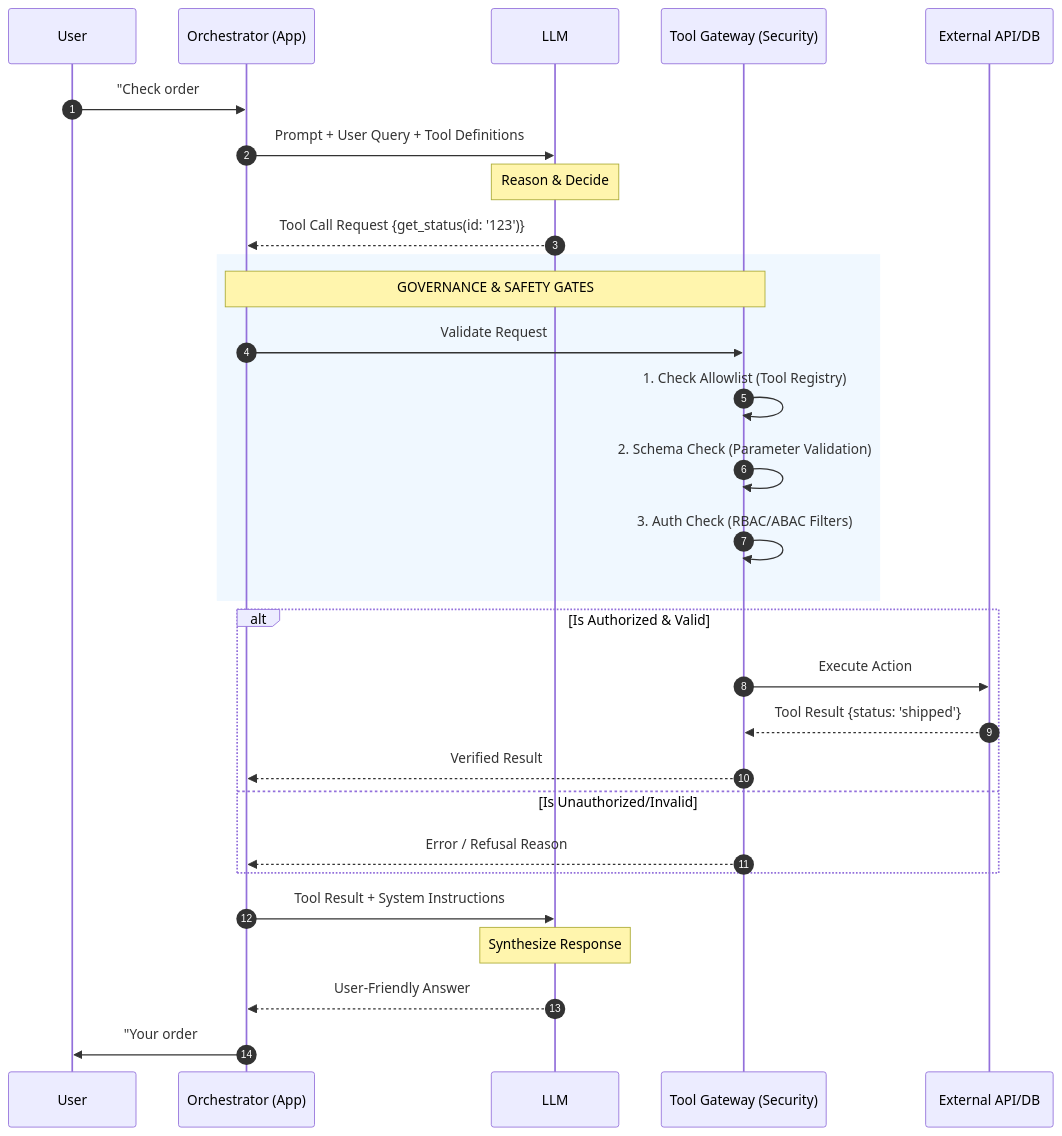
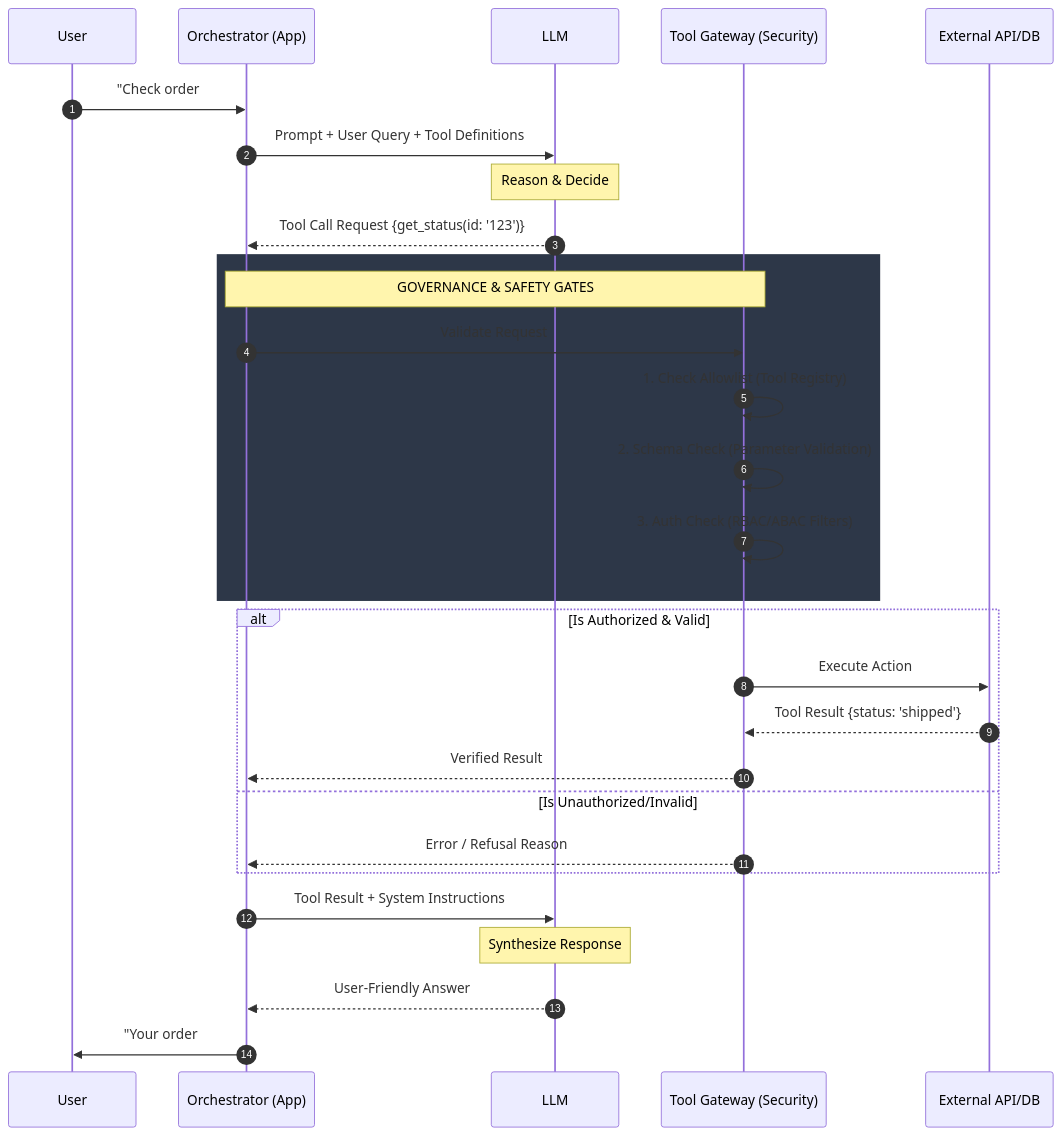
The diagram in 02_solution_components/2.2_tool_calling.md (simoesthiago/genai_consulting_handbook), drawn with Mermaid before and after one commit. The commit also changed 1 other file, not shown here.

Commit message:
style: Update diagram fill fill colors to dark mode shades in tool calling and MCP documentation.

````diff
--- a/02_solution_components/2.2_tool_calling.md
+++ b/02_solution_components/2.2_tool_calling.md
@@ -96,35 +96,35 @@
 ```mermaid
 sequenceDiagram
     autonumber
     participant User
     participant Orchestrator as Orchestrator (App)
     participant LLM
     participant Gateway as Tool Gateway (Security)
     participant API as External API/DB
 
     User->>Orchestrator: "Check order #123 status"
     Orchestrator->>LLM: Prompt + User Query + Tool Definitions
     Note over LLM: Reason & Decide
     LLM-->>Orchestrator: Tool Call Request {get_status(id: '123')}
     
-    rect rgb(240, 248, 255)
+    rect rgb(45, 55, 72)
     Note over Orchestrator, Gateway: GOVERNANCE & SAFETY GATES
     Orchestrator->>Gateway: Validate Request
     Gateway->>Gateway: 1. Check Allowlist (Tool Registry)
     Gateway->>Gateway: 2. Schema Check (Parameter Validation)
     Gateway->>Gateway: 3. Auth Check (RBAC/ABAC Filters)
     end
 
     alt Is Authorized & Valid
         Gateway->>API: Execute Action
         API-->>Gateway: Tool Result {status: 'shipped'}
         Gateway-->>Orchestrator: Verified Result
     else Is Unauthorized/Invalid
         Gateway-->>Orchestrator: Error / Refusal Reason
     end
 
     Orchestrator->>LLM: Tool Result + System Instructions
     Note over LLM: Synthesize Response
     LLM-->>Orchestrator: User-Friendly Answer
     Orchestrator->>User: "Your order #123 is currently shipped..."
 ```
````
